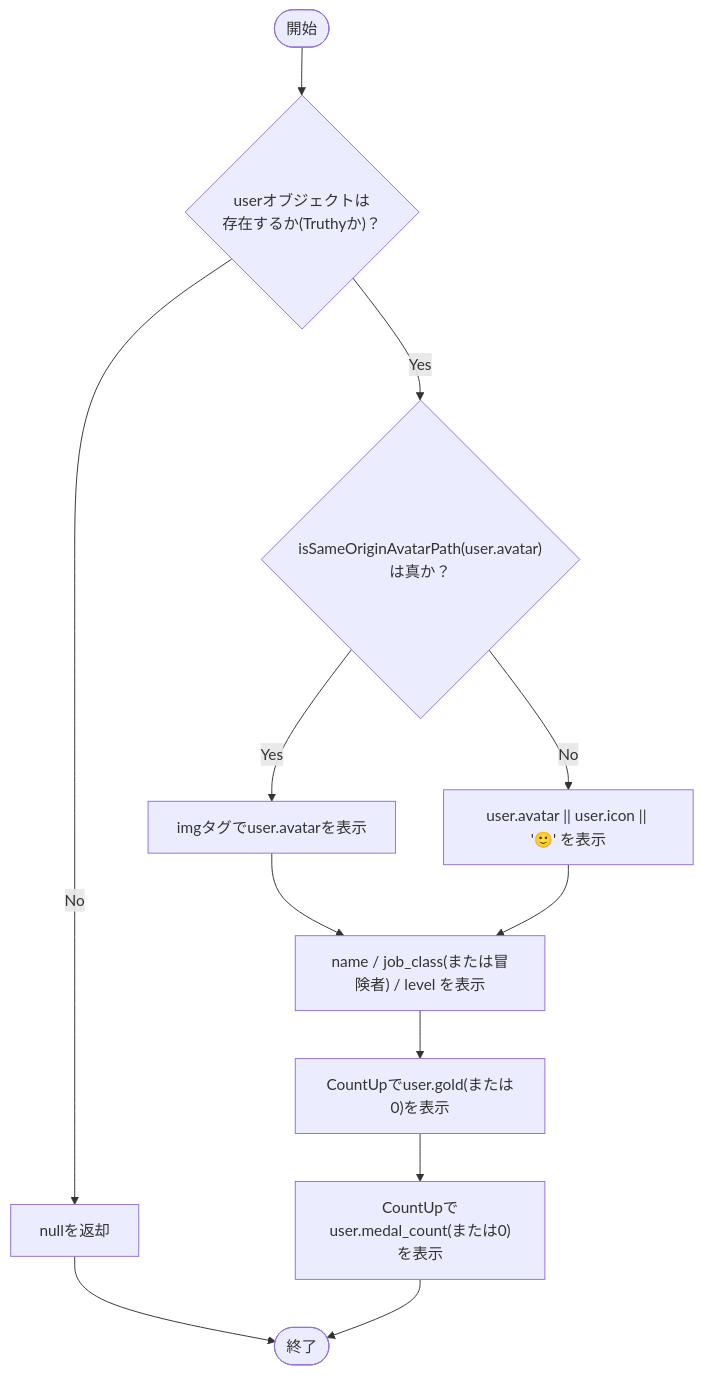
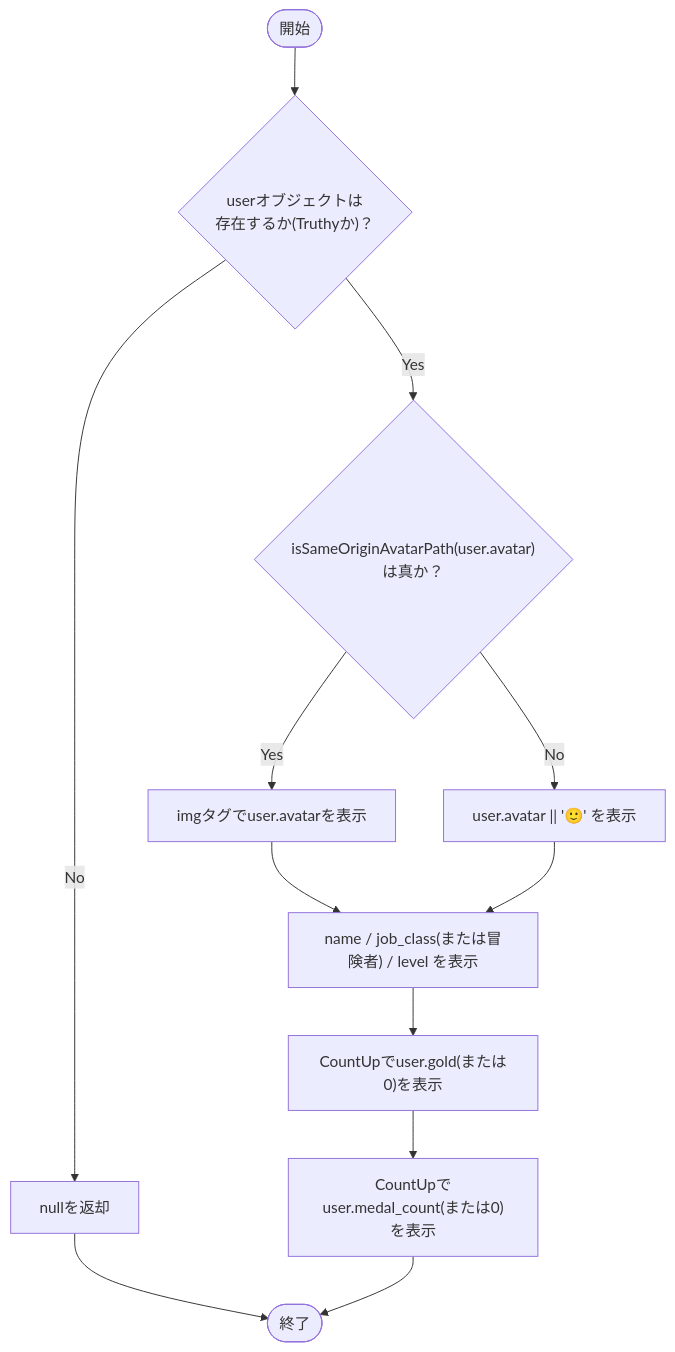
One commit to mmtigers/my_python_project changed the first of 2 diagrams in docs/specifications/family-quest/src/features/family/components/UserStatusCard.md. Above: the diagram before and after it, drawn with Mermaid. The commit also changed other lines of this file and 211 other files, not shown here.

````diff
--- a/docs/specifications/family-quest/src/features/family/components/UserStatusCard.md
+++ b/docs/specifications/family-quest/src/features/family/components/UserStatusCard.md
@@ -85,14 +86,14 @@
 ```mermaid
 flowchart TD
     Start([開始]) --> CheckUser{"userオブジェクトは\n存在するか(Truthyか)？"}
     CheckUser -- No --> ReturnNull["nullを返却"] --> End([終了])
     CheckUser -- Yes --> CheckAvatar{"isSameOriginAvatarPath(user.avatar)\nは真か？"}
     CheckAvatar -- Yes --> RenderImg["imgタグでuser.avatarを表示"]
-    CheckAvatar -- No --> RenderFallback["user.avatar || user.icon || '🙂' を表示"]
+    CheckAvatar -- No --> RenderFallback["user.avatar || '🙂' を表示"]
     RenderImg --> RenderName["name / job_class(または冒険者) / level を表示"]
     RenderFallback --> RenderName
     RenderName --> RenderGold["CountUpでuser.gold(または0)を表示"]
     RenderGold --> RenderMedal["CountUpでuser.medal_count(または0)を表示"]
     RenderMedal --> End
 
 ```
````
